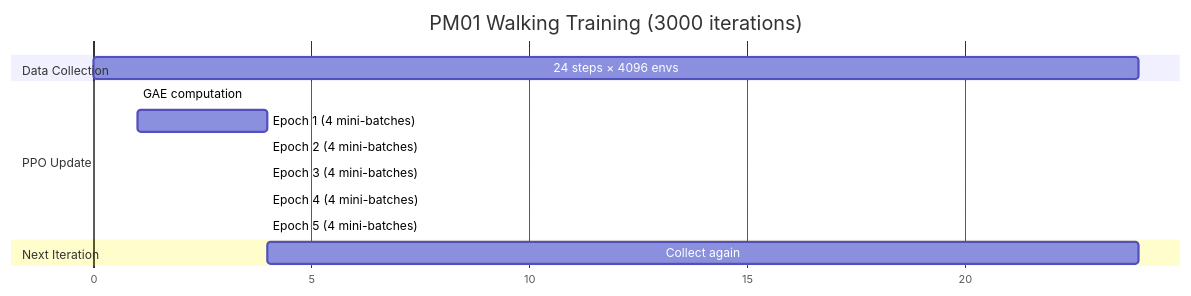
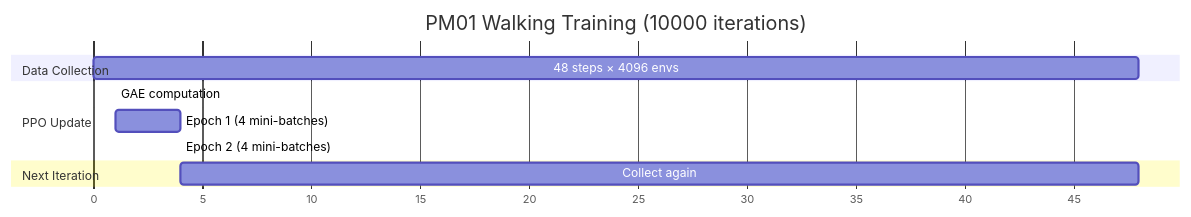
Before and after one commit to armmarov/armrobot: the eighth of 9 diagrams in docs/PPO_NETWORK.md, drawn with Mermaid. The commit also changed other lines of this file and 8 other files, not shown here.

````diff
--- a/docs/PPO_NETWORK.md
+++ b/docs/PPO_NETWORK.md
@@ -200,20 +350,17 @@
 ```mermaid
 gantt
-    title PM01 Walking Training (3000 iterations)
+    title PM01 Walking Training (10000 iterations)
     dateFormat X
     axisFormat %s
 
     section Data Collection
-    24 steps × 4096 envs    :a1, 0, 24
+    48 steps × 4096 envs    :a1, 0, 48
 
     section PPO Update
     GAE computation          :a2, after a1, 1
     Epoch 1 (4 mini-batches) :a3, after a2, 4
     Epoch 2 (4 mini-batches) :a4, after a3, 4
-    Epoch 3 (4 mini-batches) :a5, after a4, 4
-    Epoch 4 (4 mini-batches) :a6, after a5, 4
-    Epoch 5 (4 mini-batches) :a7, after a6, 4
 
     section Next Iteration
-    Collect again            :a8, after a7, 24
+    Collect again            :a5, after a4, 48
 ```
````
